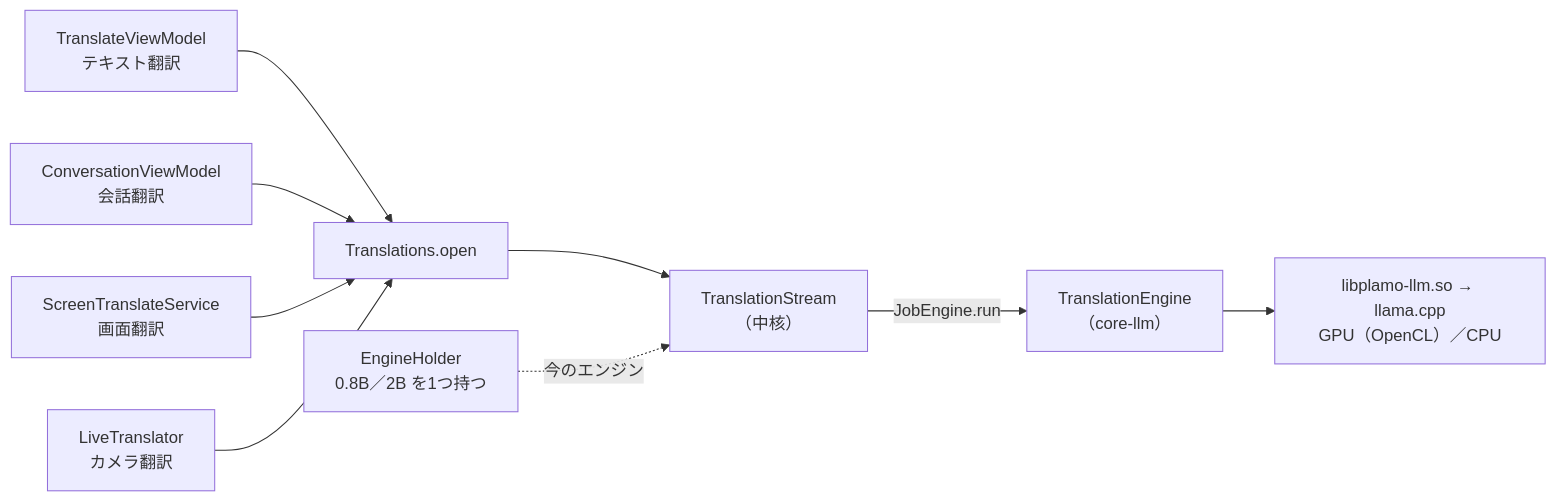
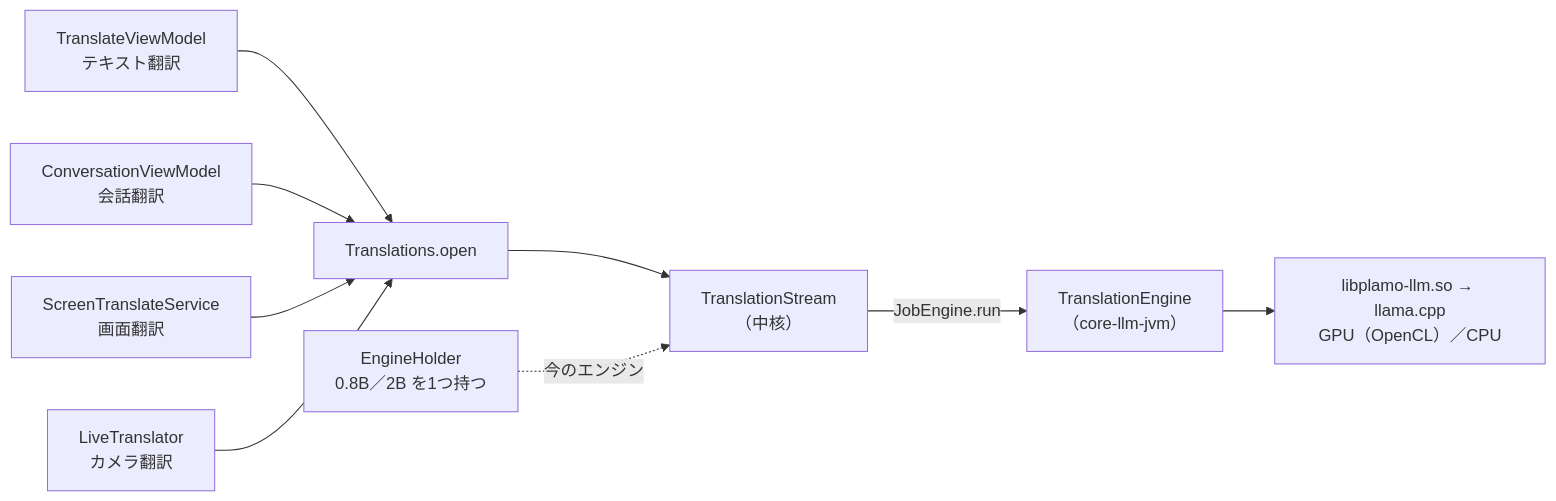
Before and after one commit to kagerouttepaso/PlamoTranslate: the second of 5 diagrams in docs/設計/アーキテクチャ.md, drawn with Mermaid. The commit also changed other lines of this file and 9 other files, not shown here.

````diff
--- a/docs/設計/アーキテクチャ.md
+++ b/docs/設計/アーキテクチャ.md
@@ -271,11 +275,11 @@
 ```mermaid
 flowchart LR
   TXT["TranslateViewModel<br>テキスト翻訳"] --> OPEN
   CVM["ConversationViewModel<br>会話翻訳"] --> OPEN
   STS["ScreenTranslateService<br>画面翻訳"] --> OPEN
   LT["LiveTranslator<br>カメラ翻訳"] --> OPEN
   OPEN["Translations.open"] --> TS["TranslationStream<br>（中核）"]
   EH["EngineHolder<br>0.8B／2B を1つ持つ"] -. 今のエンジン .-> TS
-  TS -- JobEngine.run --> ENG["TranslationEngine<br>（core-llm）"]
+  TS -- JobEngine.run --> ENG["TranslationEngine<br>（core-llm-jvm）"]
   ENG --> JNI["libplamo-llm.so → llama.cpp<br>GPU（OpenCL）／CPU"]
 ```
````
